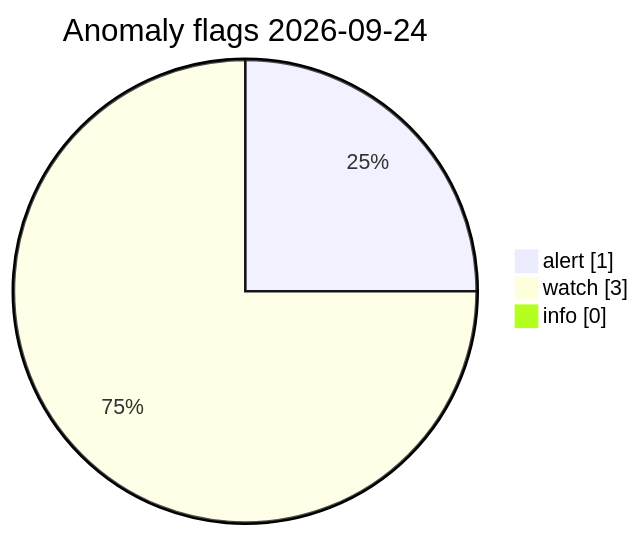
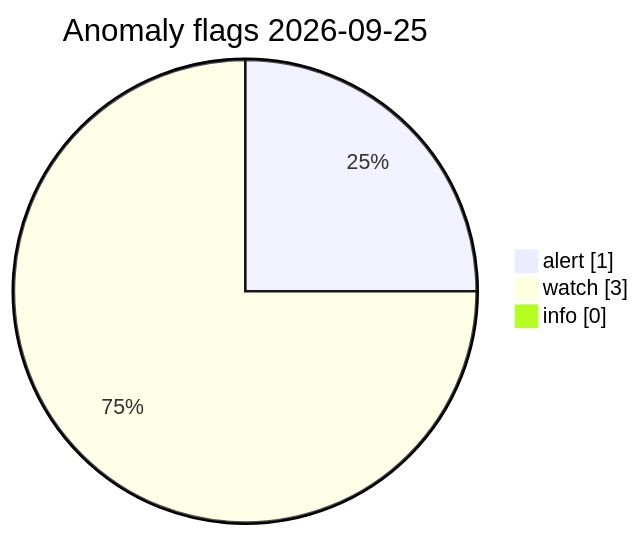
One commit to Midwest-Stratospheric/Unified-Open-Global-Weather changed the diagram in visuals/latest/CHARTS.md. Above: the diagram before and after it, drawn with Mermaid. The commit also changed other lines of this file and 11 other files, not shown here.

Commit message:
data(visuals): automated charts 2026-09-25T11:54Z

````diff
--- a/visuals/latest/CHARTS.md
+++ b/visuals/latest/CHARTS.md
@@ -73,7 +73,7 @@
 ```mermaid
 pie showData
-  title Anomaly flags 2026-09-24
+  title Anomaly flags 2026-09-25
   "alert" : 1
   "watch" : 3
   "info" : 0
 ```
````
